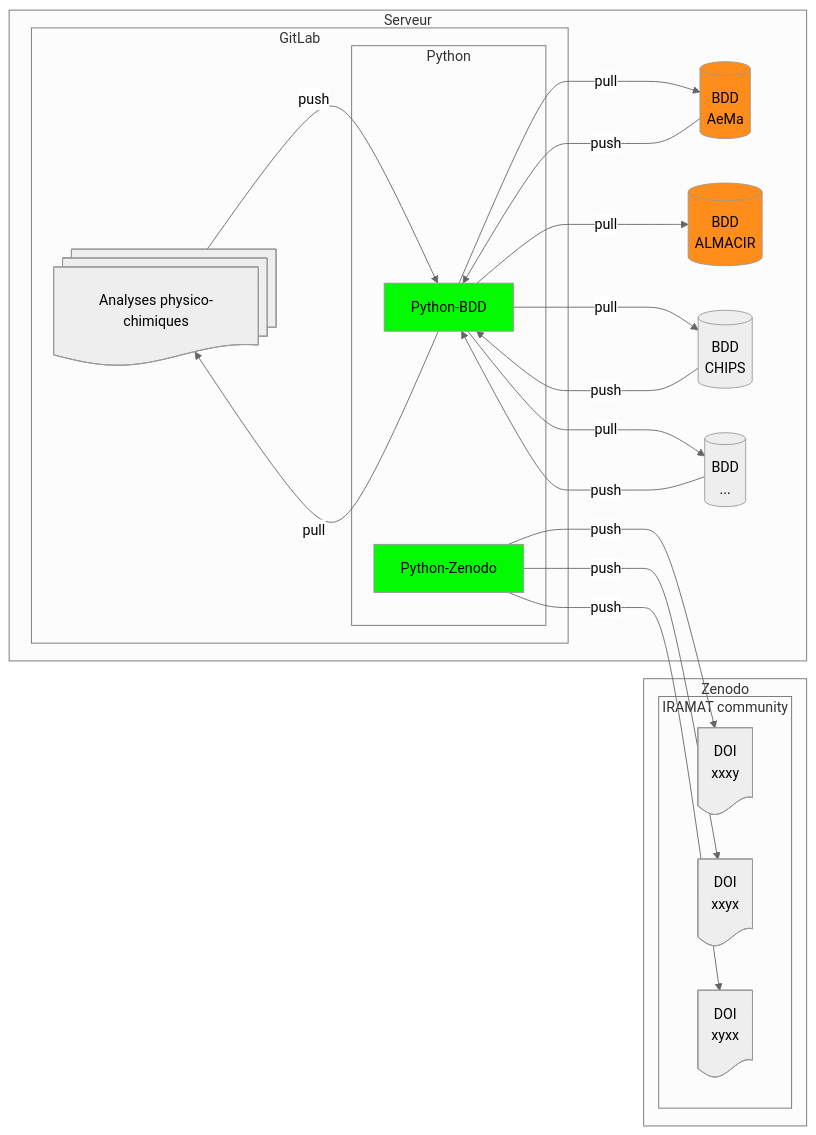
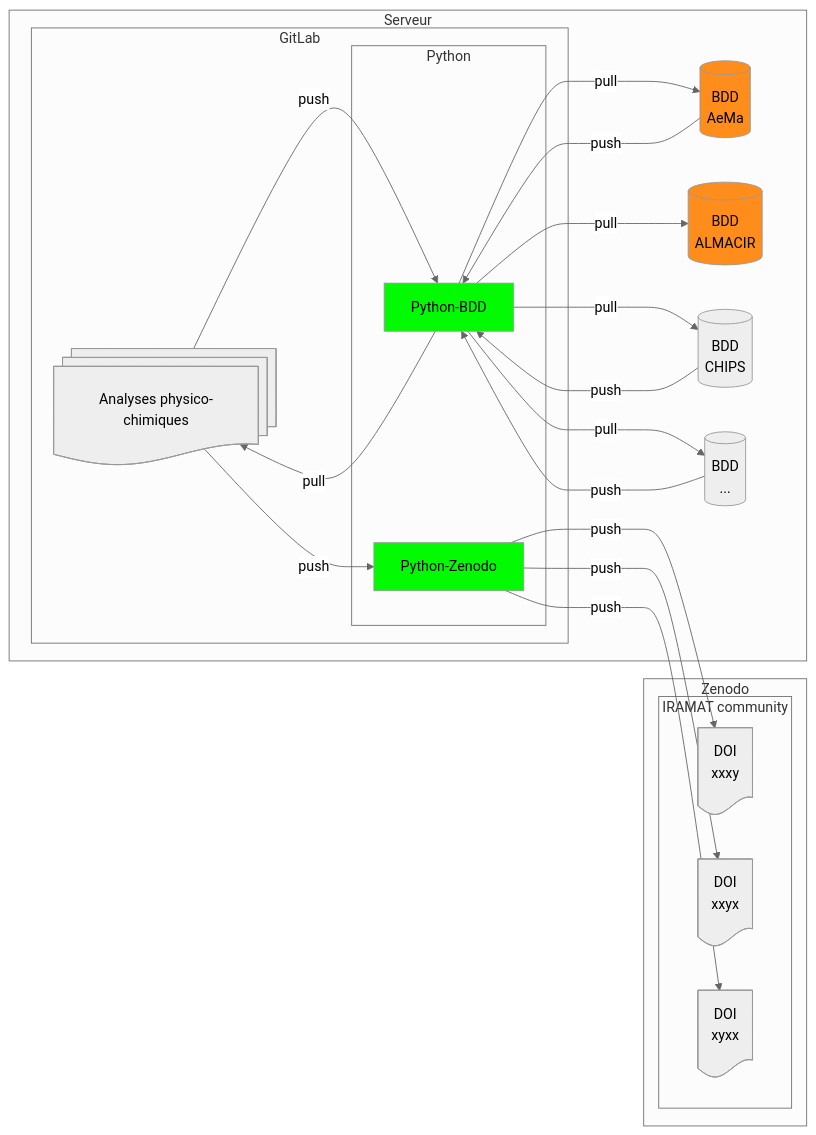
The diagram in dbs/README.md (iramat/iramat-dev), drawn with Mermaid (neutral theme) before and after one commit.

````diff
--- a/dbs/README.md
+++ b/dbs/README.md
@@ -5,34 +5,35 @@
 ```mermaid
 flowchart LR
 subgraph Serveur
     subgraph GitLab
         A@{ shape: docs, label: "Analyses physico-chimiques" }
         subgraph Python
             Z@{ procs: docs, label: "Python-BDD" }
             ZZ@{ procs: docs, label: "Python-Zenodo" }
         end
     end
     Z -- pull --> A;
     A -- push --> Z;
+    A -- push --> ZZ;
     Z -- pull --> B[(BDD<br>AeMa)];
     Z -- pull --> H[(BDD<br>ALMACIR)];
     Z -- pull --> C[(BDD<br>CHIPS)];
     Z -- pull --> D[(BDD<br>...)];
     B -- push --> Z;
     C -- push --> Z;
     D -- push --> Z;
 end
 subgraph Zenodo
     subgraph IRAMAT community
         ZZ -- push --> E@{ shape: doc, label: "DOI<br>xxxy" }
         ZZ -- push --> F@{ shape: doc, label: "DOI<br>xxyx" }
         ZZ -- push --> G@{ shape: doc, label: "DOI<br>xyxx" }
     end
 end
 
 click A "https://github.com/zoometh/iramat-test/blob/main/dbs/analysis_results.tsv" _blank
 style Z fill:#02fa02
 style ZZ fill:#02fa02
 style B fill:#FF8D1B
 style H fill:#FF8D1B
 ```
````
